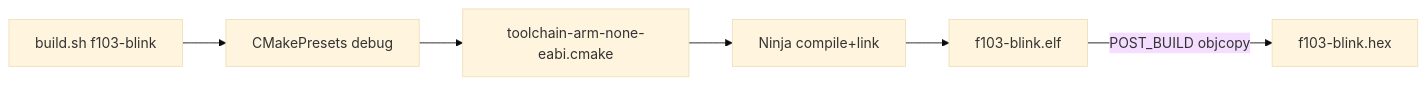
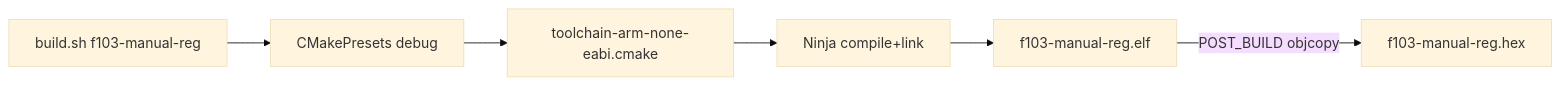
The first of 3 diagrams in doc/learn/f103-module-build-flow.md (xiaolitongxue666/embed-dev-lab), drawn with Mermaid (base theme) before and after one commit. The commit also changed other lines of this file and 57 other files, not shown here.

First line of the commit message:
refactor(projects): migrate f103-blink to f103-manual-reg with CMSIS naming

````diff
--- a/doc/learn/f103-module-build-flow.md
+++ b/doc/learn/f103-module-build-flow.md
@@ -14,11 +14,11 @@
 ```mermaid
 flowchart LR
-  buildSh["build.sh f103-blink"]
+  buildSh["build.sh f103-manual-reg"]
   preset["CMakePresets debug"]
   toolchain["toolchain-arm-none-eabi.cmake"]
   ninja["Ninja compile+link"]
-  elf["f103-blink.elf"]
-  hex["f103-blink.hex"]
+  elf["f103-manual-reg.elf"]
+  hex["f103-manual-reg.hex"]
   buildSh --> preset --> toolchain --> ninja --> elf
   elf -->|"POST_BUILD objcopy"| hex
 ```
````
